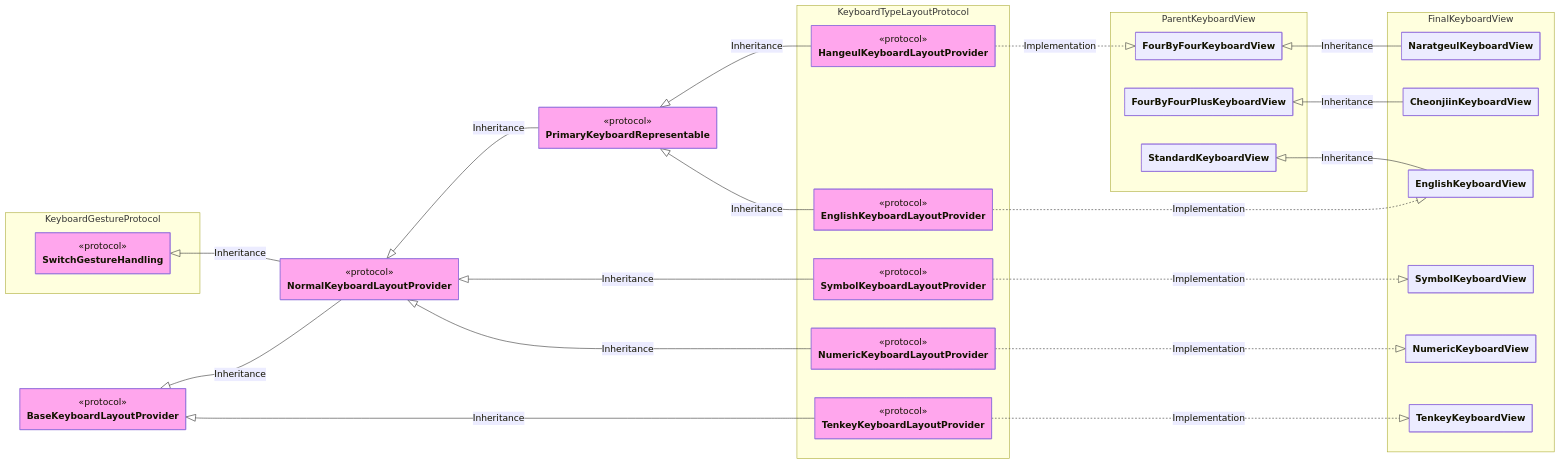
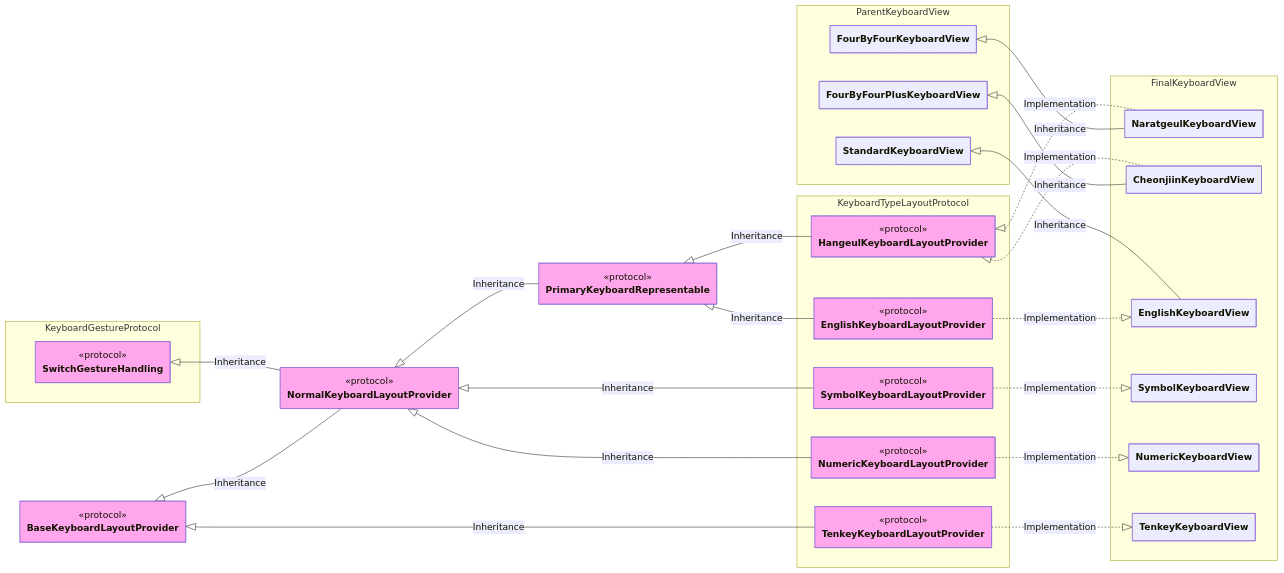
The second of 3 diagrams in README.md (SNMac/SYKeyboard), drawn with Mermaid before and after one commit. The commit also changed other lines of this file, not shown here.

```diff
--- a/README.md
+++ b/README.md
@@ -498,10 +504,11 @@
     TenkeyKeyboardLayoutProvider ..|> TenkeyKeyboardView: Implementation
 
     PrimaryKeyboardRepresentable <|-- HangeulKeyboardLayoutProvider: Inheritance
-    HangeulKeyboardLayoutProvider ..|> FourByFourKeyboardView: Implementation
 
     FourByFourKeyboardView <|-- NaratgeulKeyboardView: Inheritance
+    HangeulKeyboardLayoutProvider <|.. NaratgeulKeyboardView: Implementation
     FourByFourPlusKeyboardView <|-- CheonjiinKeyboardView: Inheritance
+    HangeulKeyboardLayoutProvider <|.. CheonjiinKeyboardView: Implementation
 
     PrimaryKeyboardRepresentable <|-- EnglishKeyboardLayoutProvider: Inheritance
 
```
